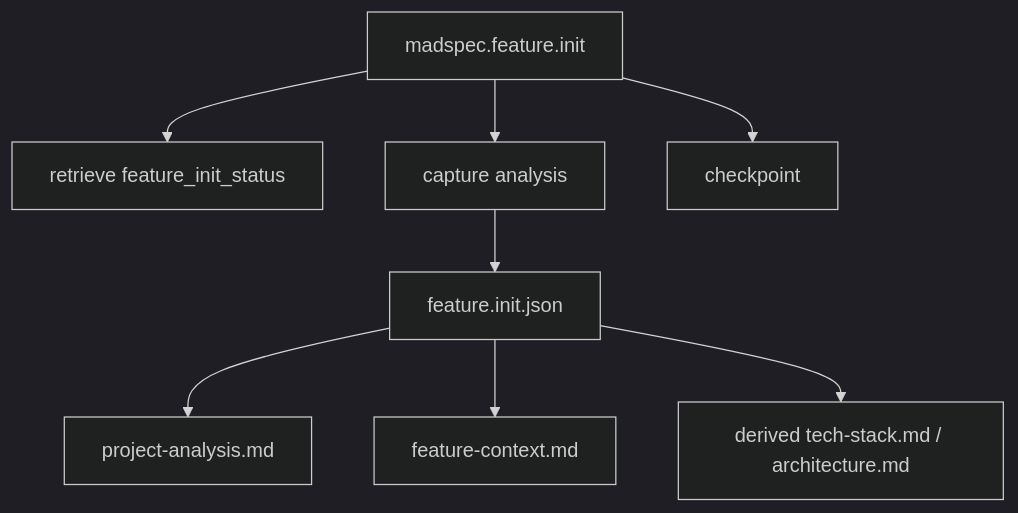
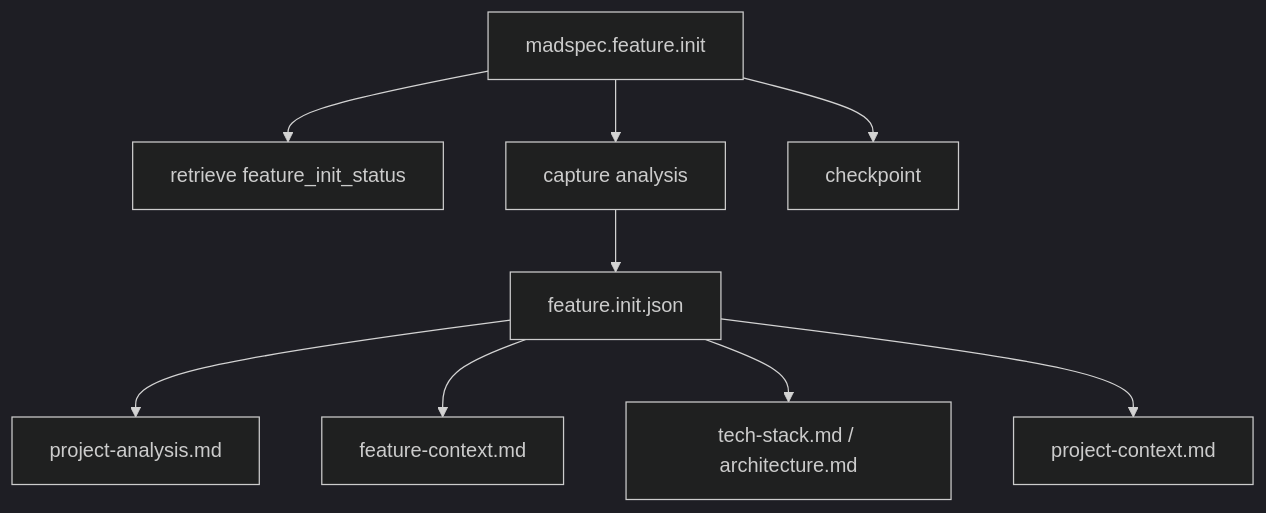
The first of 4 diagrams in docs/feature/madspec.feature.init.md (MADTeacher/MADSpec), drawn with Mermaid (dark theme) before and after one commit. The commit also changed other lines of this file and 265 other files, not shown here.

````diff
--- a/docs/feature/madspec.feature.init.md
+++ b/docs/feature/madspec.feature.init.md
@@ -92,10 +101,11 @@
 ```mermaid
 flowchart TD
     A["madspec.feature.init"] --> R["retrieve feature_init_status"]
     A --> C["capture analysis"]
     C --> S["feature.init.json"]
     A --> K["checkpoint"]
     S --> P["project-analysis.md"]
     S --> F["feature-context.md"]
-    S --> D["derived tech-stack.md / architecture.md"]
+    S --> D["tech-stack.md / architecture.md"]
+    S --> X["project-context.md"]
 ```
````
